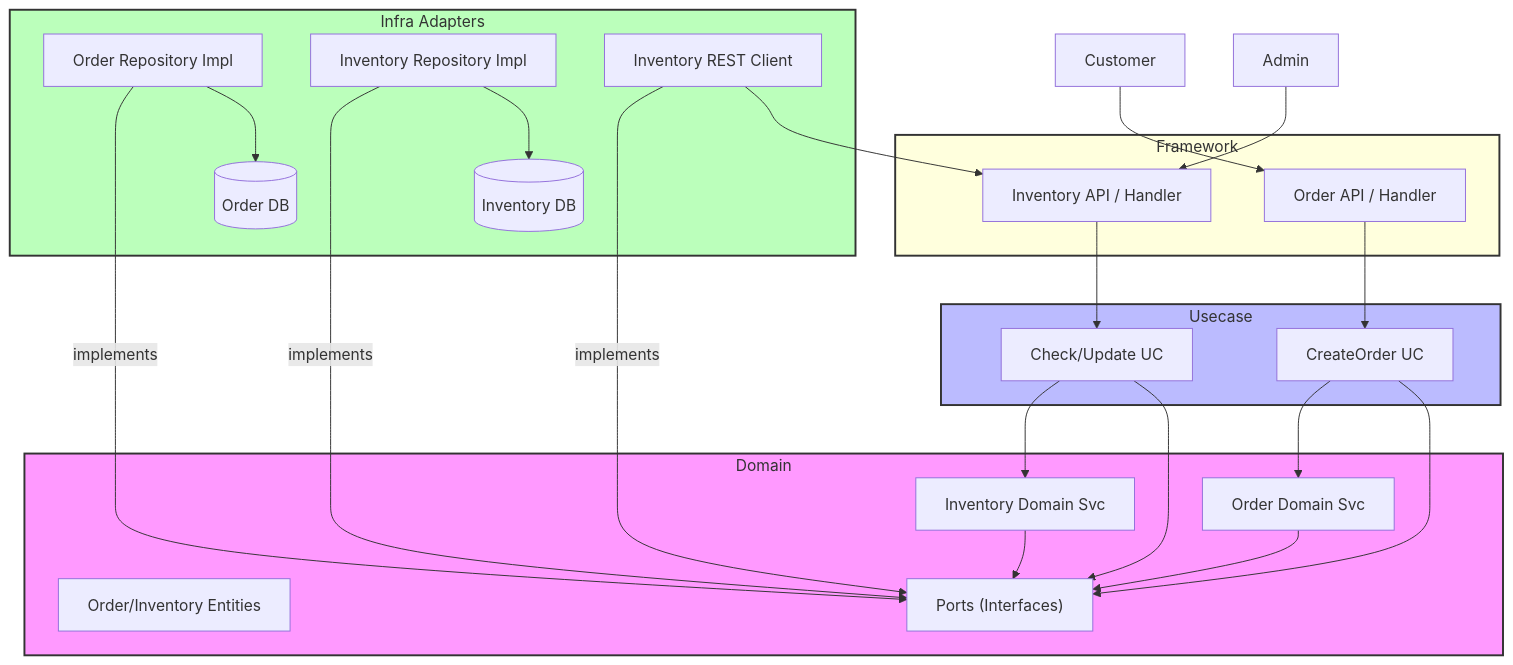
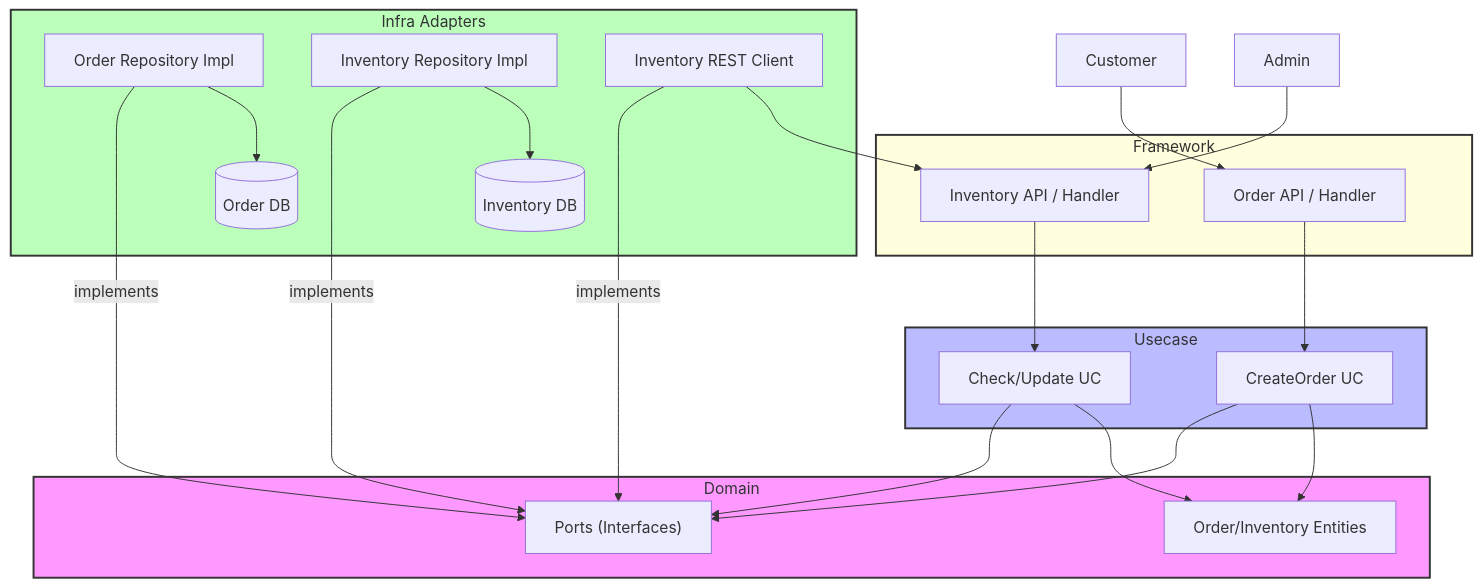
One commit to sokoide/workshop changed the diagram in software/clean_arch_ws3_ja.md. Above: the diagram before and after it, drawn with Mermaid. The commit also changed other lines of this file and 7 other files, not shown here.

````diff
--- a/software/clean_arch_ws3_ja.md
+++ b/software/clean_arch_ws3_ja.md
@@ -39,66 +39,60 @@
 ```mermaid
 graph TD
     %% 外部要素 (External)
     Customer[Customer]
     Admin[Admin]
 
     subgraph FrameworkLayer [Framework]
         OrderAPI[Order API / Handler]
         InvAPI[Inventory API / Handler]
     end
 
     subgraph UsecaseLayer [Usecase]
         OrderUC[CreateOrder UC]
         InvUC[Check/Update UC]
     end
 
     subgraph DomainLayer [Domain]
         Entities[Order/Inventory Entities]
         Ports["Ports (Interfaces)"]
-        OrderDS[Order Domain Svc]
-        InvDS[Inventory Domain Svc]
     end
 
     subgraph InfraLayer [Infra Adapters]
         OrderRepoImpl[Order Repository Impl]
         InvRepoImpl[Inventory Repository Impl]
         InvClientImpl[Inventory REST Client]
         OrderDB[(Order DB)]
         InvDB[(Inventory DB)]
     end
 
     %% 外部からのアクセス
     Customer --> OrderAPI
     Admin --> InvAPI
 
     %% APIからユースケースへ
     OrderAPI --> OrderUC
     InvAPI --> InvUC
 
     %% ユースケースからドメインへの依存
-    OrderUC --> OrderDS
     OrderUC --> Ports
-    InvUC --> InvDS
+    OrderUC --> Entities
     InvUC --> Ports
-
-    %% ドメインサービスからインターフェースへの依存
-    OrderDS --> Ports
-    InvDS --> Ports
+    InvUC --> Entities
 
     %% 依存性逆転 (DIP)
     OrderRepoImpl -- "implements" --> Ports
     InvRepoImpl -- "implements" --> Ports
     InvClientImpl -- "implements" --> Ports
 
     %% 実装から外部リソースへのアクセス
     OrderRepoImpl --> OrderDB
     InvRepoImpl --> InvDB
 
     %% サービス間連携
     InvClientImpl --> InvAPI
 
     style DomainLayer fill:#f9f,stroke:#333,stroke-width:2px
     style UsecaseLayer fill:#bbf,stroke:#333,stroke-width:2px
     style InfraLayer fill:#bfb,stroke:#333,stroke-width:2px
     style FrameworkLayer fill:#ffd,stroke:#333,stroke-width:2px
 ```
````
